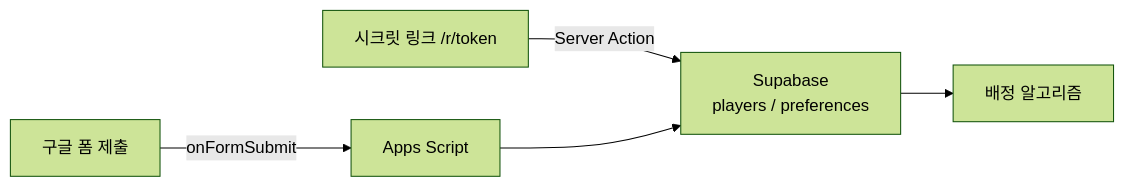
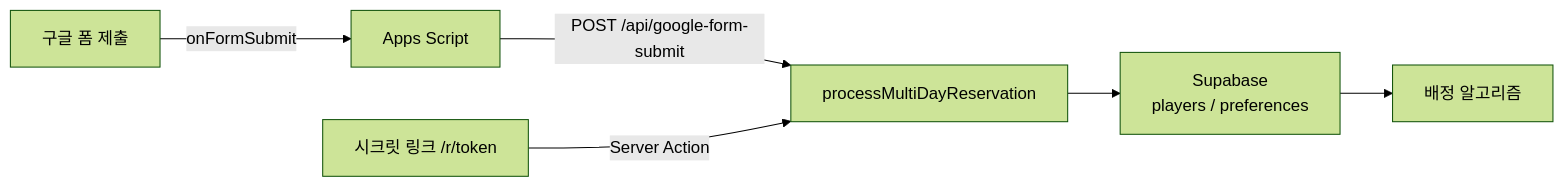
Before and after one commit to SxxM131/wos1234: the second of 2 diagrams in README.md, drawn with Mermaid (forest theme). The commit also changed other lines of this file and 3 other files, not shown here.

First line of the commit message:
Unify submit flow via processMultiDayReservation

````diff
--- a/README.md
+++ b/README.md
@@ -177,7 +179,8 @@
 ```mermaid
 flowchart LR
     A[구글 폼 제출] -->|onFormSubmit| B[Apps Script]
-    C[시크릿 링크 /r/token] -->|Server Action| D[Supabase\nplayers / preferences]
-    B --> D
-    D --> E[배정 알고리즘]
+    B -->|POST /api/google-form-submit| C[processMultiDayReservation]
+    D[시크릿 링크 /r/token] -->|Server Action| C
+    C --> E[Supabase\nplayers / preferences]
+    E --> F[배정 알고리즘]
 ```
````
